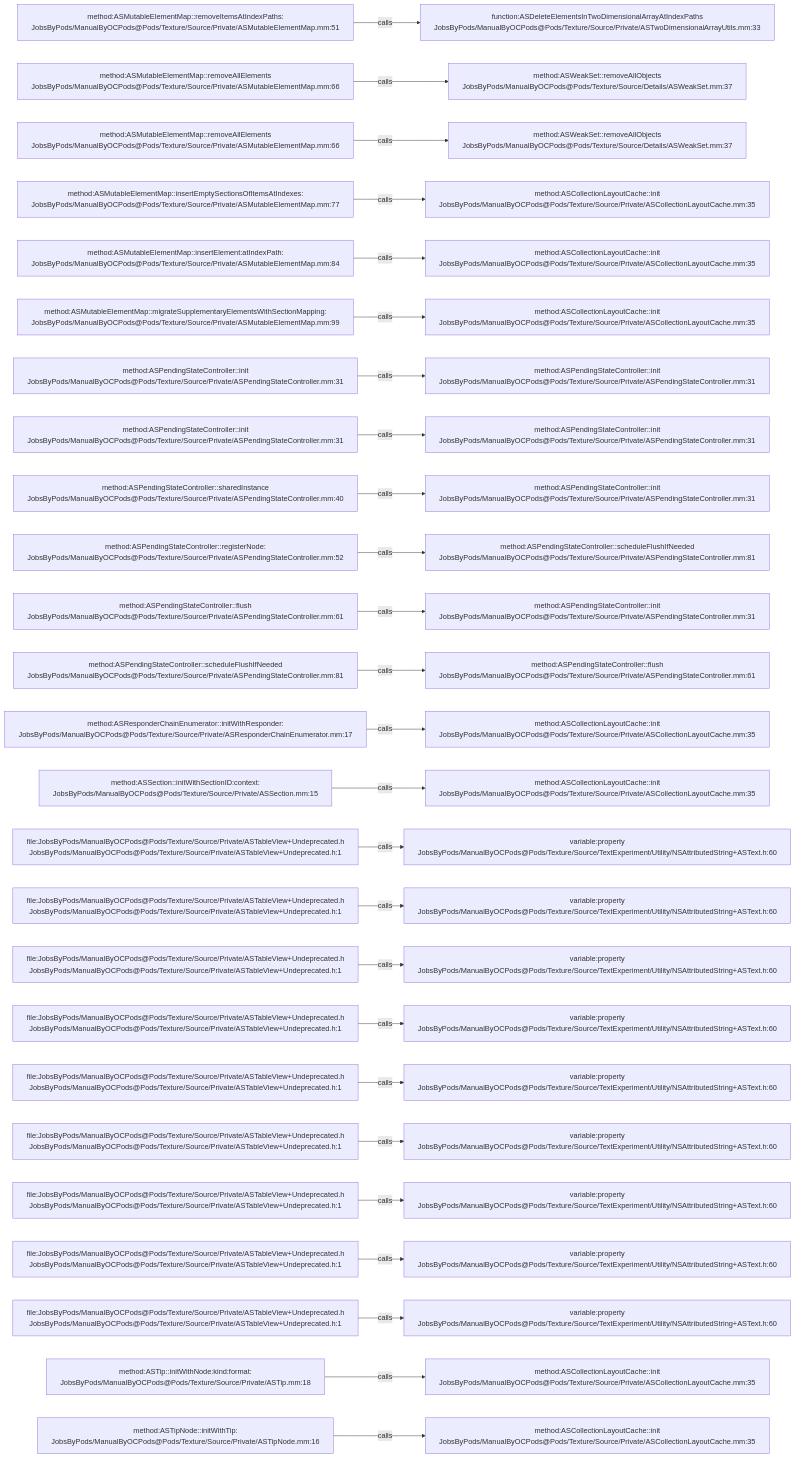
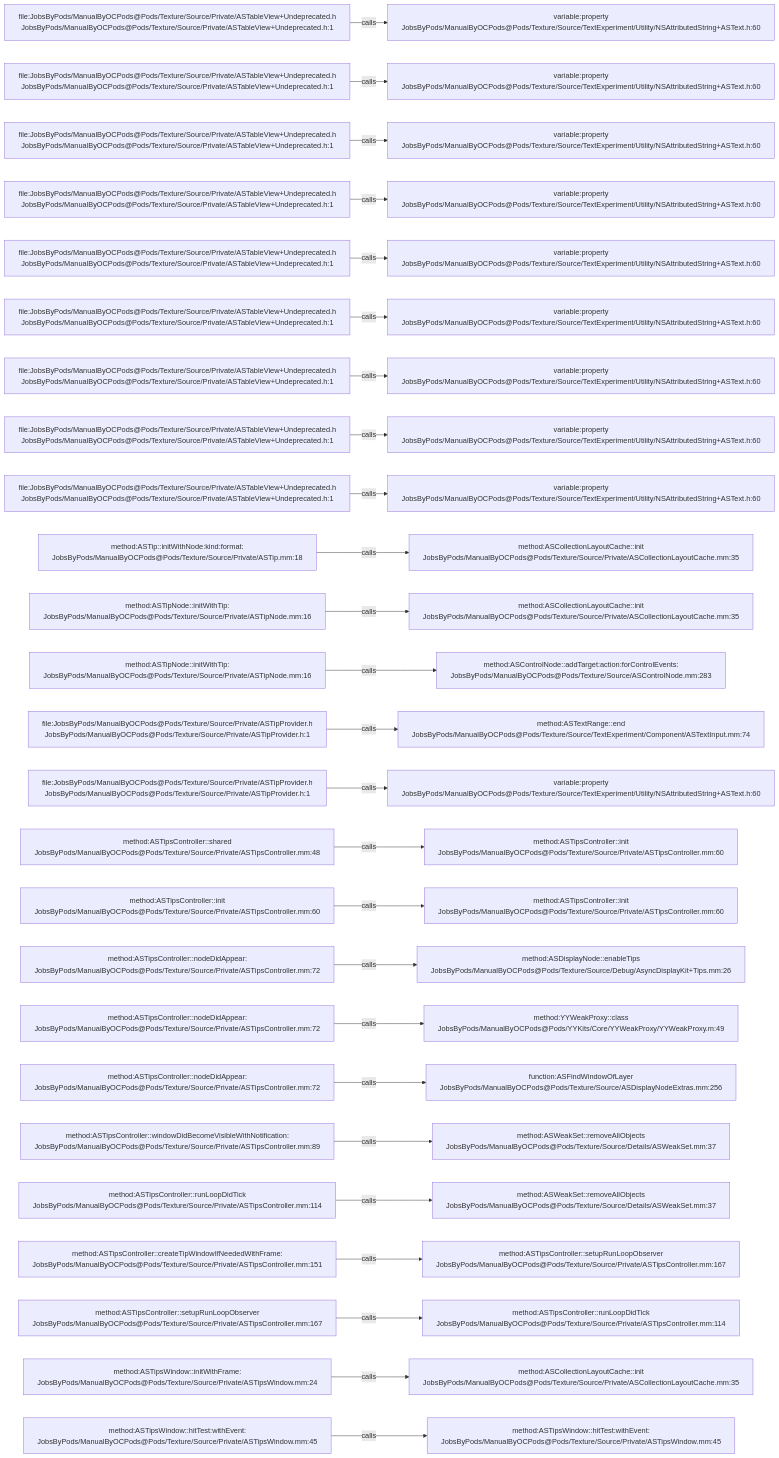
One commit to JobsKits/JobsOCBaseConfigDemo changed the diagram in .codegraph/codegraph.md/graphs/calls-193.md. Above: the diagram before and after it, drawn with Mermaid. The commit also changed 296 other files, not shown here.

````diff
--- a/.codegraph/codegraph.md/graphs/calls-193.md
+++ b/.codegraph/codegraph.md/graphs/calls-193.md
@@ -13,78 +13,78 @@
 ```mermaid
 flowchart LR
-  S1["method:ASMutableElementMap::removeItemsAtIndexPaths:<br/>JobsByPods/ManualByOCPods@Pods/Texture/Source/Private/ASMutableElementMap.mm:51"]
-  T1["function:ASDeleteElementsInTwoDimensionalArrayAtIndexPaths<br/>JobsByPods/ManualByOCPods@Pods/Texture/Source/Private/ASTwoDimensionalArrayUtils.mm:33"]
+  S1["file:JobsByPods/ManualByOCPods@Pods/Texture/Source/Private/ASTableView+Undeprecated.h<br/>JobsByPods/ManualByOCPods@Pods/Texture/Source/Private/ASTableView+Undeprecated.h:1"]
+  T1["variable:property<br/>JobsByPods/ManualByOCPods@Pods/Texture/Source/TextExperiment/Utility/NSAttributedString+ASText.h:60"]
   S1 -->|calls| T1
-  S2["method:ASMutableElementMap::removeAllElements<br/>JobsByPods/ManualByOCPods@Pods/Texture/Source/Private/ASMutableElementMap.mm:66"]
-  T2["method:ASWeakSet::removeAllObjects<br/>JobsByPods/ManualByOCPods@Pods/Texture/Source/Details/ASWeakSet.mm:37"]
+  S2["file:JobsByPods/ManualByOCPods@Pods/Texture/Source/Private/ASTableView+Undeprecated.h<br/>JobsByPods/ManualByOCPods@Pods/Texture/Source/Private/ASTableView+Undeprecated.h:1"]
+  T2["variable:property<br/>JobsByPods/ManualByOCPods@Pods/Texture/Source/TextExperiment/Utility/NSAttributedString+ASText.h:60"]
   S2 -->|calls| T2
-  S3["method:ASMutableElementMap::removeAllElements<br/>JobsByPods/ManualByOCPods@Pods/Texture/Source/Private/ASMutableElementMap.mm:66"]
-  T3["method:ASWeakSet::removeAllObjects<br/>JobsByPods/ManualByOCPods@Pods/Texture/Source/Details/ASWeakSet.mm:37"]
+  S3["file:JobsByPods/ManualByOCPods@Pods/Texture/Source/Private/ASTableView+Undeprecated.h<br/>JobsByPods/ManualByOCPods@Pods/Texture/Source/Private/ASTableView+Undeprecated.h:1"]
+  T3["variable:property<br/>JobsByPods/ManualByOCPods@Pods/Texture/Source/TextExperiment/Utility/NSAttributedString+ASText.h:60"]
   S3 -->|calls| T3
-  S4["method:ASMutableElementMap::insertEmptySectionsOfItemsAtIndexes:<br/>JobsByPods/ManualByOCPods@Pods/Texture/Source/Private/ASMutableElementMap.mm:77"]
-  T4["method:ASCollectionLayoutCache::init<br/>JobsByPods/ManualByOCPods@Pods/Texture/Source/Private/ASCollectionLayoutCache.mm:35"]
+  S4["file:JobsByPods/ManualByOCPods@Pods/Texture/Source/Private/ASTableView+Undeprecated.h<br/>JobsByPods/ManualByOCPods@Pods/Texture/Source/Private/ASTableView+Undeprecated.h:1"]
+  T4["variable:property<br/>JobsByPods/ManualByOCPods@Pods/Texture/Source/TextExperiment/Utility/NSAttributedString+ASText.h:60"]
   S4 -->|calls| T4
-  S5["method:ASMutableElementMap::insertElement:atIndexPath:<br/>JobsByPods/ManualByOCPods@Pods/Texture/Source/Private/ASMutableElementMap.mm:84"]
-  T5["method:ASCollectionLayoutCache::init<br/>JobsByPods/ManualByOCPods@Pods/Texture/Source/Private/ASCollectionLayoutCache.mm:35"]
+  S5["file:JobsByPods/ManualByOCPods@Pods/Texture/Source/Private/ASTableView+Undeprecated.h<br/>JobsByPods/ManualByOCPods@Pods/Texture/Source/Private/ASTableView+Undeprecated.h:1"]
+  T5["variable:property<br/>JobsByPods/ManualByOCPods@Pods/Texture/Source/TextExperiment/Utility/NSAttributedString+ASText.h:60"]
   S5 -->|calls| T5
-  S6["method:ASMutableElementMap::migrateSupplementaryElementsWithSectionMapping:<br/>JobsByPods/ManualByOCPods@Pods/Texture/Source/Private/ASMutableElementMap.mm:99"]
-  T6["method:ASCollectionLayoutCache::init<br/>JobsByPods/ManualByOCPods@Pods/Texture/Source/Private/ASCollectionLayoutCache.mm:35"]
+  S6["file:JobsByPods/ManualByOCPods@Pods/Texture/Source/Private/ASTableView+Undeprecated.h<br/>JobsByPods/ManualByOCPods@Pods/Texture/Source/Private/ASTableView+Undeprecated.h:1"]
+  T6["variable:property<br/>JobsByPods/ManualByOCPods@Pods/Texture/Source/TextExperiment/Utility/NSAttributedString+ASText.h:60"]
   S6 -->|calls| T6
-  S7["method:ASPendingStateController::init<br/>JobsByPods/ManualByOCPods@Pods/Texture/Source/Private/ASPendingStateController.mm:31"]
-  T7["method:ASPendingStateController::init<br/>JobsByPods/ManualByOCPods@Pods/Texture/Source/Private/ASPendingStateController.mm:31"]
+  S7["file:JobsByPods/ManualByOCPods@Pods/Texture/Source/Private/ASTableView+Undeprecated.h<br/>JobsByPods/ManualByOCPods@Pods/Texture/Source/Private/ASTableView+Undeprecated.h:1"]
+  T7["variable:property<br/>JobsByPods/ManualByOCPods@Pods/Texture/Source/TextExperiment/Utility/NSAttributedString+ASText.h:60"]
   S7 -->|calls| T7
-  S8["method:ASPendingStateController::init<br/>JobsByPods/ManualByOCPods@Pods/Texture/Source/Private/ASPendingStateController.mm:31"]
-  T8["method:ASPendingStateController::init<br/>JobsByPods/ManualByOCPods@Pods/Texture/Source/Private/ASPendingStateController.mm:31"]
+  S8["file:JobsByPods/ManualByOCPods@Pods/Texture/Source/Private/ASTableView+Undeprecated.h<br/>JobsByPods/ManualByOCPods@Pods/Texture/Source/Private/ASTableView+Undeprecated.h:1"]
+  T8["variable:property<br/>JobsByPods/ManualByOCPods@Pods/Texture/Source/TextExperiment/Utility/NSAttributedString+ASText.h:60"]
   S8 -->|calls| T8
-  S9["method:ASPendingStateController::sharedInstance<br/>JobsByPods/ManualByOCPods@Pods/Texture/Source/Private/ASPendingStateController.mm:40"]
-  T9["method:ASPendingStateController::init<br/>JobsByPods/ManualByOCPods@Pods/Texture/Source/Private/ASPendingStateController.mm:31"]
+  S9["file:JobsByPods/ManualByOCPods@Pods/Texture/Source/Private/ASTableView+Undeprecated.h<br/>JobsByPods/ManualByOCPods@Pods/Texture/Source/Private/ASTableView+Undeprecated.h:1"]
+  T9["variable:property<br/>JobsByPods/ManualByOCPods@Pods/Texture/Source/TextExperiment/Utility/NSAttributedString+ASText.h:60"]
   S9 -->|calls| T9
-  S10["method:ASPendingStateController::registerNode:<br/>JobsByPods/ManualByOCPods@Pods/Texture/Source/Private/ASPendingStateController.mm:52"]
-  T10["method:ASPendingStateController::scheduleFlushIfNeeded<br/>JobsByPods/ManualByOCPods@Pods/Texture/Source/Private/ASPendingStateController.mm:81"]
+  S10["method:ASTip::initWithNode:kind:format:<br/>JobsByPods/ManualByOCPods@Pods/Texture/Source/Private/ASTip.mm:18"]
+  T10["method:ASCollectionLayoutCache::init<br/>JobsByPods/ManualByOCPods@Pods/Texture/Source/Private/ASCollectionLayoutCache.mm:35"]
   S10 -->|calls| T10
-  S11["method:ASPendingStateController::flush<br/>JobsByPods/ManualByOCPods@Pods/Texture/Source/Private/ASPendingStateController.mm:61"]
-  T11["method:ASPendingStateController::init<br/>JobsByPods/ManualByOCPods@Pods/Texture/Source/Private/ASPendingStateController.mm:31"]
+  S11["method:ASTipNode::initWithTip:<br/>JobsByPods/ManualByOCPods@Pods/Texture/Source/Private/ASTipNode.mm:16"]
+  T11["method:ASCollectionLayoutCache::init<br/>JobsByPods/ManualByOCPods@Pods/Texture/Source/Private/ASCollectionLayoutCache.mm:35"]
   S11 -->|calls| T11
-  S12["method:ASPendingStateController::scheduleFlushIfNeeded<br/>JobsByPods/ManualByOCPods@Pods/Texture/Source/Private/ASPendingStateController.mm:81"]
-  T12["method:ASPendingStateController::flush<br/>JobsByPods/ManualByOCPods@Pods/Texture/Source/Private/ASPendingStateController.mm:61"]
+  S12["method:ASTipNode::initWithTip:<br/>JobsByPods/ManualByOCPods@Pods/Texture/Source/Private/ASTipNode.mm:16"]
+  T12["method:ASControlNode::addTarget:action:forControlEvents:<br/>JobsByPods/ManualByOCPods@Pods/Texture/Source/ASControlNode.mm:283"]
   S12 -->|calls| T12
-  S13["method:ASResponderChainEnumerator::initWithResponder:<br/>JobsByPods/ManualByOCPods@Pods/Texture/Source/Private/ASResponderChainEnumerator.mm:17"]
-  T13["method:ASCollectionLayoutCache::init<br/>JobsByPods/ManualByOCPods@Pods/Texture/Source/Private/ASCollectionLayoutCache.mm:35"]
+  S13["file:JobsByPods/ManualByOCPods@Pods/Texture/Source/Private/ASTipProvider.h<br/>JobsByPods/ManualByOCPods@Pods/Texture/Source/Private/ASTipProvider.h:1"]
+  T13["method:ASTextRange::end<br/>JobsByPods/ManualByOCPods@Pods/Texture/Source/TextExperiment/Component/ASTextInput.mm:74"]
   S13 -->|calls| T13
-  S14["method:ASSection::initWithSectionID:context:<br/>JobsByPods/ManualByOCPods@Pods/Texture/Source/Private/ASSection.mm:15"]
-  T14["method:ASCollectionLayoutCache::init<br/>JobsByPods/ManualByOCPods@Pods/Texture/Source/Private/ASCollectionLayoutCache.mm:35"]
+  S14["file:JobsByPods/ManualByOCPods@Pods/Texture/Source/Private/ASTipProvider.h<br/>JobsByPods/ManualByOCPods@Pods/Texture/Source/Private/ASTipProvider.h:1"]
+  T14["variable:property<br/>JobsByPods/ManualByOCPods@Pods/Texture/Source/TextExperiment/Utility/NSAttributedString+ASText.h:60"]
   S14 -->|calls| T14
-  S15["file:JobsByPods/ManualByOCPods@Pods/Texture/Source/Private/ASTableView+Undeprecated.h<br/>JobsByPods/ManualByOCPods@Pods/Texture/Source/Private/ASTableView+Undeprecated.h:1"]
-  T15["variable:property<br/>JobsByPods/ManualByOCPods@Pods/Texture/Source/TextExperiment/Utility/NSAttributedString+ASText.h:60"]
+  S15["method:ASTipsController::shared<br/>JobsByPods/ManualByOCPods@Pods/Texture/Source/Private/ASTipsController.mm:48"]
+  T15["method:ASTipsController::init<br/>JobsByPods/ManualByOCPods@Pods/Texture/Source/Private/ASTipsController.mm:60"]
   S15 -->|calls| T15
-  S16["file:JobsByPods/ManualByOCPods@Pods/Texture/Source/Private/ASTableView+Undeprecated.h<br/>JobsByPods/ManualByOCPods@Pods/Texture/Source/Private/ASTableView+Undeprecated.h:1"]
-  T16["variable:property<br/>JobsByPods/ManualByOCPods@Pods/Texture/Source/TextExperiment/Utility/NSAttributedString+ASText.h:60"]
+  S16["method:ASTipsController::init<br/>JobsByPods/ManualByOCPods@Pods/Texture/Source/Private/ASTipsController.mm:60"]
+  T16["method:ASTipsController::init<br/>JobsByPods/ManualByOCPods@Pods/Texture/Source/Private/ASTipsController.mm:60"]
   S16 -->|calls| T16
-  S17["file:JobsByPods/ManualByOCPods@Pods/Texture/Source/Private/ASTableView+Undeprecated.h<br/>JobsByPods/ManualByOCPods@Pods/Texture/Source/Private/ASTableView+Undeprecated.h:1"]
-  T17["variable:property<br/>JobsByPods/ManualByOCPods@Pods/Texture/Source/TextExperiment/Utility/NSAttributedString+ASText.h:60"]
+  S17["method:ASTipsController::nodeDidAppear:<br/>JobsByPods/ManualByOCPods@Pods/Texture/Source/Private/ASTipsController.mm:72"]
+  T17["method:ASDisplayNode::enableTips<br/>JobsByPods/ManualByOCPods@Pods/Texture/Source/Debug/AsyncDisplayKit+Tips.mm:26"]
   S17 -->|calls| T17
-  S18["file:JobsByPods/ManualByOCPods@Pods/Texture/Source/Private/ASTableView+Undeprecated.h<br/>JobsByPods/ManualByOCPods@Pods/Texture/Source/Private/ASTableView+Undeprecated.h:1"]
-  T18["variable:property<br/>JobsByPods/ManualByOCPods@Pods/Texture/Source/TextExperiment/Utility/NSAttributedString+ASText.h:60"]
+  S18["method:ASTipsController::nodeDidAppear:<br/>JobsByPods/ManualByOCPods@Pods/Texture/Source/Private/ASTipsController.mm:72"]
+  T18["method:YYWeakProxy::class<br/>JobsByPods/ManualByOCPods@Pods/YYKits/Core/YYWeakProxy/YYWeakProxy.m:49"]
   S18 -->|calls| T18
-  S19["file:JobsByPods/ManualByOCPods@Pods/Texture/Source/Private/ASTableView+Undeprecated.h<br/>JobsByPods/ManualByOCPods@Pods/Texture/Source/Private/ASTableView+Undeprecated.h:1"]
-  T19["variable:property<br/>JobsByPods/ManualByOCPods@Pods/Texture/Source/TextExperiment/Utility/NSAttributedString+ASText.h:60"]
+  S19["method:ASTipsController::nodeDidAppear:<br/>JobsByPods/ManualByOCPods@Pods/Texture/Source/Private/ASTipsController.mm:72"]
+  T19["function:ASFindWindowOfLayer<br/>JobsByPods/ManualByOCPods@Pods/Texture/Source/ASDisplayNodeExtras.mm:256"]
   S19 -->|calls| T19
-  S20["file:JobsByPods/ManualByOCPods@Pods/Texture/Source/Private/ASTableView+Undeprecated.h<br/>JobsByPods/ManualByOCPods@Pods/Texture/Source/Private/ASTableView+Undeprecated.h:1"]
-  T20["variable:property<br/>JobsByPods/ManualByOCPods@Pods/Texture/Source/TextExperiment/Utility/NSAttributedString+ASText.h:60"]
+  S20["method:ASTipsController::windowDidBecomeVisibleWithNotification:<br/>JobsByPods/ManualByOCPods@Pods/Texture/Source/Private/ASTipsController.mm:89"]
+  T20["method:ASWeakSet::removeAllObjects<br/>JobsByPods/ManualByOCPods@Pods/Texture/Source/Details/ASWeakSet.mm:37"]
   S20 -->|calls| T20
-  S21["file:JobsByPods/ManualByOCPods@Pods/Texture/Source/Private/ASTableView+Undeprecated.h<br/>JobsByPods/ManualByOCPods@Pods/Texture/Source/Private/ASTableView+Undeprecated.h:1"]
-  T21["variable:property<br/>JobsByPods/ManualByOCPods@Pods/Texture/Source/TextExperiment/Utility/NSAttributedString+ASText.h:60"]
+  S21["method:ASTipsController::runLoopDidTick<br/>JobsByPods/ManualByOCPods@Pods/Texture/Source/Private/ASTipsController.mm:114"]
+  T21["method:ASWeakSet::removeAllObjects<br/>JobsByPods/ManualByOCPods@Pods/Texture/Source/Details/ASWeakSet.mm:37"]
   S21 -->|calls| T21
-  S22["file:JobsByPods/ManualByOCPods@Pods/Texture/Source/Private/ASTableView+Undeprecated.h<br/>JobsByPods/ManualByOCPods@Pods/Texture/Source/Private/ASTableView+Undeprecated.h:1"]
-  T22["variable:property<br/>JobsByPods/ManualByOCPods@Pods/Texture/Source/TextExperiment/Utility/NSAttributedString+ASText.h:60"]
+  S22["method:ASTipsController::createTipWindowIfNeededWithFrame:<br/>JobsByPods/ManualByOCPods@Pods/Texture/Source/Private/ASTipsController.mm:151"]
+  T22["method:ASTipsController::setupRunLoopObserver<br/>JobsByPods/ManualByOCPods@Pods/Texture/Source/Private/ASTipsController.mm:167"]
   S22 -->|calls| T22
-  S23["file:JobsByPods/ManualByOCPods@Pods/Texture/Source/Private/ASTableView+Undeprecated.h<br/>JobsByPods/ManualByOCPods@Pods/Texture/Source/Private/ASTableView+Undeprecated.h:1"]
-  T23["variable:property<br/>JobsByPods/ManualByOCPods@Pods/Texture/Source/TextExperiment/Utility/NSAttributedString+ASText.h:60"]
+  S23["method:ASTipsController::setupRunLoopObserver<br/>JobsByPods/ManualByOCPods@Pods/Texture/Source/Private/ASTipsController.mm:167"]
+  T23["method:ASTipsController::runLoopDidTick<br/>JobsByPods/ManualByOCPods@Pods/Texture/Source/Private/ASTipsController.mm:114"]
   S23 -->|calls| T23
-  S24["method:ASTip::initWithNode:kind:format:<br/>JobsByPods/ManualByOCPods@Pods/Texture/Source/Private/ASTip.mm:18"]
+  S24["method:ASTipsWindow::initWithFrame:<br/>JobsByPods/ManualByOCPods@Pods/Texture/Source/Private/ASTipsWindow.mm:24"]
   T24["method:ASCollectionLayoutCache::init<br/>JobsByPods/ManualByOCPods@Pods/Texture/Source/Private/ASCollectionLayoutCache.mm:35"]
   S24 -->|calls| T24
-  S25["method:ASTipNode::initWithTip:<br/>JobsByPods/ManualByOCPods@Pods/Texture/Source/Private/ASTipNode.mm:16"]
-  T25["method:ASCollectionLayoutCache::init<br/>JobsByPods/ManualByOCPods@Pods/Texture/Source/Private/ASCollectionLayoutCache.mm:35"]
+  S25["method:ASTipsWindow::hitTest:withEvent:<br/>JobsByPods/ManualByOCPods@Pods/Texture/Source/Private/ASTipsWindow.mm:45"]
+  T25["method:ASTipsWindow::hitTest:withEvent:<br/>JobsByPods/ManualByOCPods@Pods/Texture/Source/Private/ASTipsWindow.mm:45"]
   S25 -->|calls| T25
 ```
````
